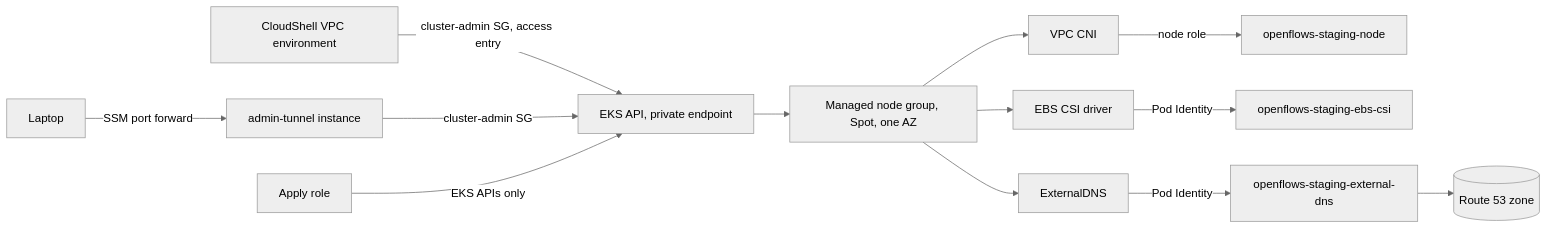
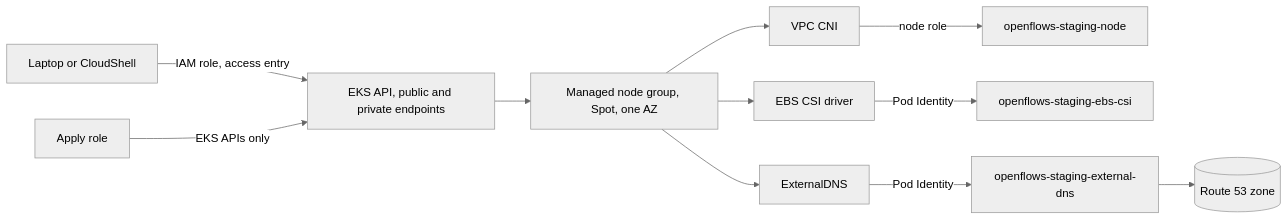
Before and after one commit to The-AgenticFlow/Openflows-Infra: the third of 7 diagrams in docs/ARCHITECTURE-aws.md, drawn with Mermaid (neutral theme). The commit also changed other lines of this file and 2 other files, not shown here.

First line of the commit message:
feat(eks): enable the public api endpoint gated by iam and access entries (#86)

````diff
--- a/docs/ARCHITECTURE-aws.md
+++ b/docs/ARCHITECTURE-aws.md
@@ -75,15 +75,13 @@
 ```mermaid
 flowchart LR
-    CS["CloudShell VPC environment"] -->|"cluster-admin SG, access entry"| API["EKS API, private endpoint"]
-    LAP["Laptop"] -->|"SSM port forward"| TUN["admin-tunnel instance"]
-    TUN -->|"cluster-admin SG"| API
+    LAP["Laptop or CloudShell"] -->|"IAM role, access entry"| API["EKS API, public and private endpoints"]
     TF["Apply role"] -->|"EKS APIs only"| API
     API --> NG["Managed node group, Spot, one AZ"]
     NG --> CNI["VPC CNI"]
     CNI -->|node role| NR["openflows-staging-node"]
     NG --> EBS["EBS CSI driver"]
     NG --> DNS["ExternalDNS"]
     EBS -->|Pod Identity| EBSR["openflows-staging-ebs-csi"]
     DNS -->|Pod Identity| DNSR["openflows-staging-external-dns"]
     DNSR --> ZONE[("Route 53 zone")]
 ```
````
